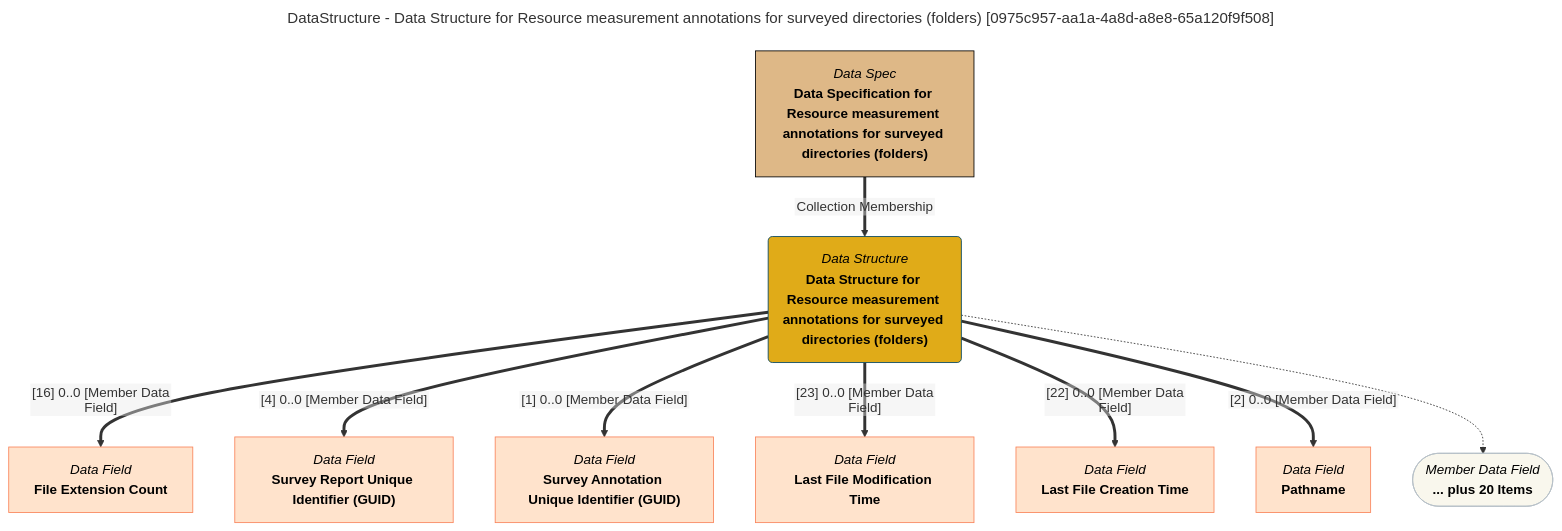
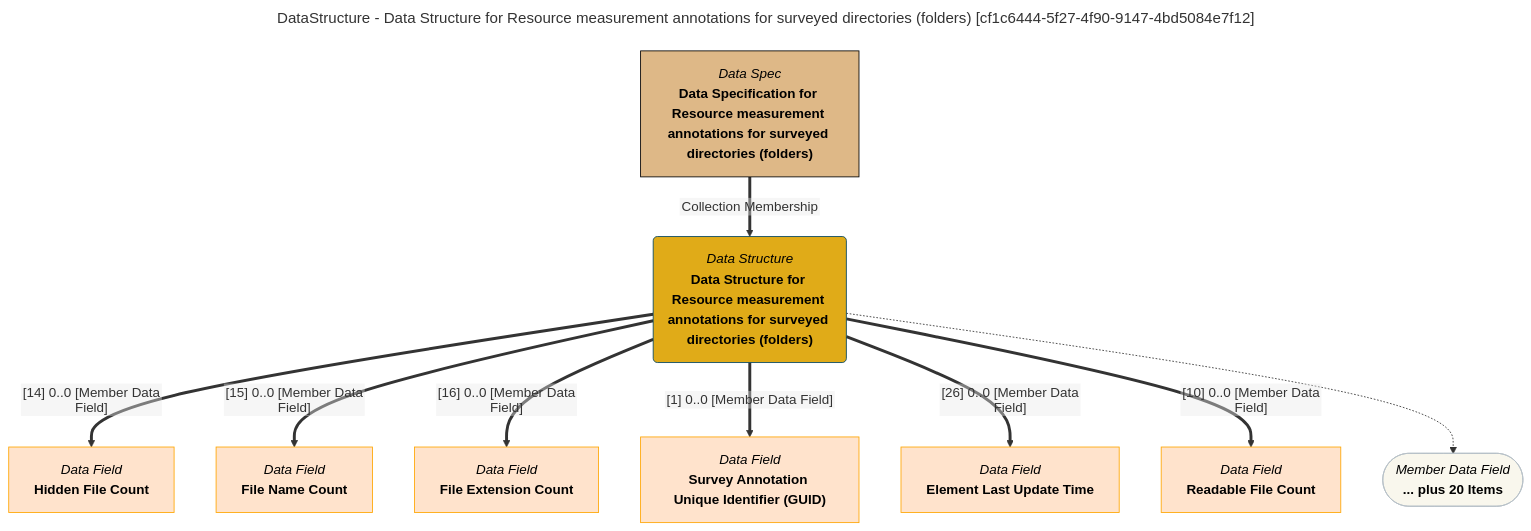
One commit to odpi/egeria-docs changed the diagram in site/snippets/data-structures/data-structure-for-resource-measurement-annotations-for-surveyed-directories-(folders)-mermaid-graph.md. Above: the diagram before and after it, drawn with Mermaid. The commit also changed 2201 other files, not shown here.

````diff
--- a/site/snippets/data-structures/data-structure-for-resource-measurement-annotations-for-surveyed-directories-(folders)-mermaid-graph.md
+++ b/site/snippets/data-structures/data-structure-for-resource-measurement-annotations-for-surveyed-directories-(folders)-mermaid-graph.md
@@ -1,43 +1,43 @@
 ```mermaid
 ---
-title: DataStructure - Data Structure for Resource measurement annotations for surveyed directories (folders) [0975c957-aa1a-4a8d-a8e8-65a120f9f508]
+title: DataStructure - Data Structure for Resource measurement annotations for surveyed directories (folders) [cf1c6444-5f27-4f90-9147-4bd5084e7f12]
 ---
 flowchart TD
 %%{init: {"flowchart": {"htmlLabels": false}} }%%
 
 1@{ shape: rounded, label: "*Data Structure*
 **Data Structure for Resource measurement annotations for surveyed directories (folders)**"}
 2@{ shape: rect, label: "*Data Spec*
 **Data Specification for Resource measurement annotations for surveyed directories (folders)**"}
 2==>|"Collection Membership"|1
 3@{ shape: rect, label: "*Data Field*
+**Hidden File Count**"}
+1==>|"[14] 0..0 [Member Data Field]"|3
+4@{ shape: rect, label: "*Data Field*
+**File Name Count**"}
+1==>|"[15] 0..0 [Member Data Field]"|4
+5@{ shape: rect, label: "*Data Field*
 **File Extension Count**"}
-1==>|"[16] 0..0 [Member Data Field]"|3
-4@{ shape: rect, label: "*Data Field*
-**Survey Report Unique Identifier (GUID)**"}
-1==>|"[4] 0..0 [Member Data Field]"|4
-5@{ shape: rect, label: "*Data Field*
+1==>|"[16] 0..0 [Member Data Field]"|5
+6@{ shape: rect, label: "*Data Field*
 **Survey Annotation Unique Identifier (GUID)**"}
-1==>|"[1] 0..0 [Member Data Field]"|5
-6@{ shape: rect, label: "*Data Field*
-**Last File Modification Time**"}
-1==>|"[23] 0..0 [Member Data Field]"|6
+1==>|"[1] 0..0 [Member Data Field]"|6
 7@{ shape: rect, label: "*Data Field*
-**Last File Creation Time**"}
-1==>|"[22] 0..0 [Member Data Field]"|7
+**Element Last Update Time**"}
+1==>|"[26] 0..0 [Member Data Field]"|7
 8@{ shape: rect, label: "*Data Field*
-**Pathname**"}
-1==>|"[2] 0..0 [Member Data Field]"|8
+**Readable File Count**"}
+1==>|"[10] 0..0 [Member Data Field]"|8
 9@{ shape: stadium, label: "*Member Data Field*
 **... plus 20 Items**"}
 1-.->9
 style 1 color:#000000, fill:#e0ab18, stroke:#004563
-style 2 color:#000000, fill:#deb887, stroke:#000000
-style 3 color:#000000, fill:#ffe3cc, stroke:#f9845b
-style 4 color:#000000, fill:#ffe3cc, stroke:#f9845b
-style 5 color:#000000, fill:#ffe3cc, stroke:#f9845b
-style 6 color:#000000, fill:#ffe3cc, stroke:#f9845b
-style 7 color:#000000, fill:#ffe3cc, stroke:#f9845b
-style 8 color:#000000, fill:#ffe3cc, stroke:#f9845b
+style 2 color:#000000, fill:#DEB887, stroke:#000000
+style 3 color:#000000, fill:#ffe3cc, stroke:#FFA500
+style 4 color:#000000, fill:#ffe3cc, stroke:#FFA500
+style 5 color:#000000, fill:#ffe3cc, stroke:#FFA500
+style 6 color:#000000, fill:#ffe3cc, stroke:#FFA500
+style 7 color:#000000, fill:#ffe3cc, stroke:#FFA500
+style 8 color:#000000, fill:#ffe3cc, stroke:#FFA500
 style 9 color:#000000, fill:#F9F7ED, stroke:#b7c0c7
 ```
````
